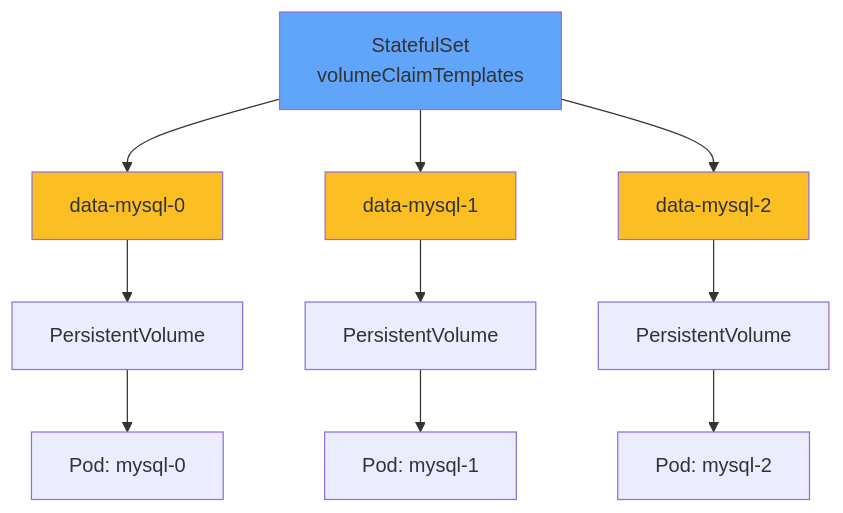
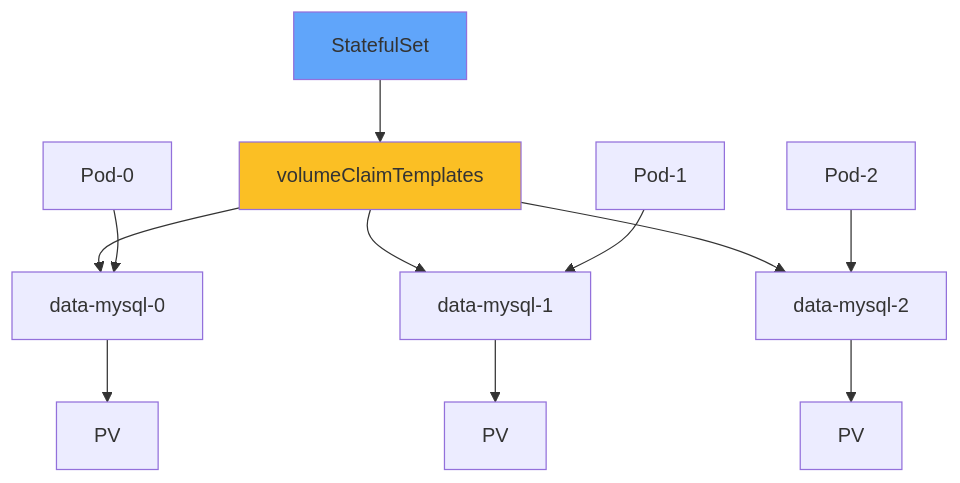
The fifth of 7 diagrams in slides/statefulsets/slides.md (courselabs/kubernetes), drawn with Mermaid before and after one commit. The commit also changed other lines of this file and 7 other files, not shown here.

````diff
--- a/slides/statefulsets/slides.md
+++ b/slides/statefulsets/slides.md
@@ -255,17 +263,15 @@
 ```mermaid
 graph TB
-    SS[StatefulSet<br/>volumeClaimTemplates]
-    SS --> PVC0[data-mysql-0]
-    SS --> PVC1[data-mysql-1]
-    SS --> PVC2[data-mysql-2]
-    PVC0 --> PV0[PersistentVolume]
-    PVC1 --> PV1[PersistentVolume]
-    PVC2 --> PV2[PersistentVolume]
-    PV0 --> P0[Pod: mysql-0]
-    PV1 --> P1[Pod: mysql-1]
-    PV2 --> P2[Pod: mysql-2]
+    SS[StatefulSet] --> VCT[volumeClaimTemplates]
+    VCT --> PVC0[data-mysql-0]
+    VCT --> PVC1[data-mysql-1]
+    VCT --> PVC2[data-mysql-2]
+    PVC0 --> PV0[PV]
+    PVC1 --> PV1[PV]
+    PVC2 --> PV2[PV]
+    P0[Pod-0] --> PVC0
+    P1[Pod-1] --> PVC1
+    P2[Pod-2] --> PVC2
     style SS fill:#60a5fa
-    style PVC0 fill:#fbbf24
-    style PVC1 fill:#fbbf24
-    style PVC2 fill:#fbbf24
+    style VCT fill:#fbbf24
 ```
````
